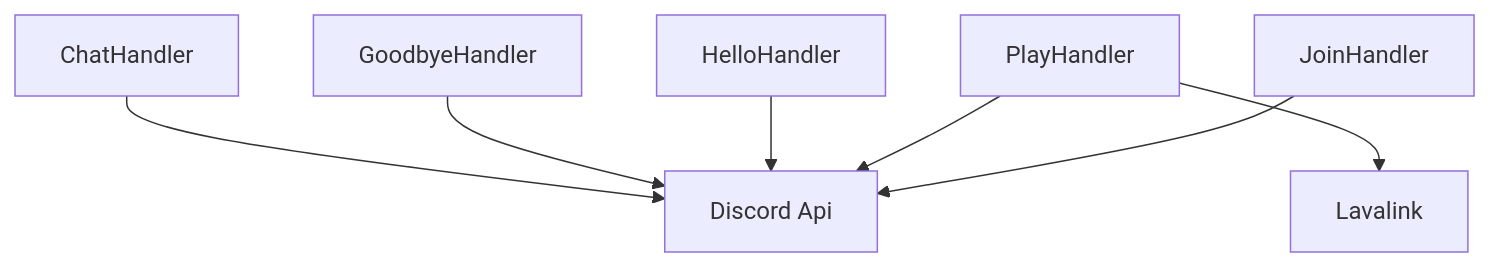
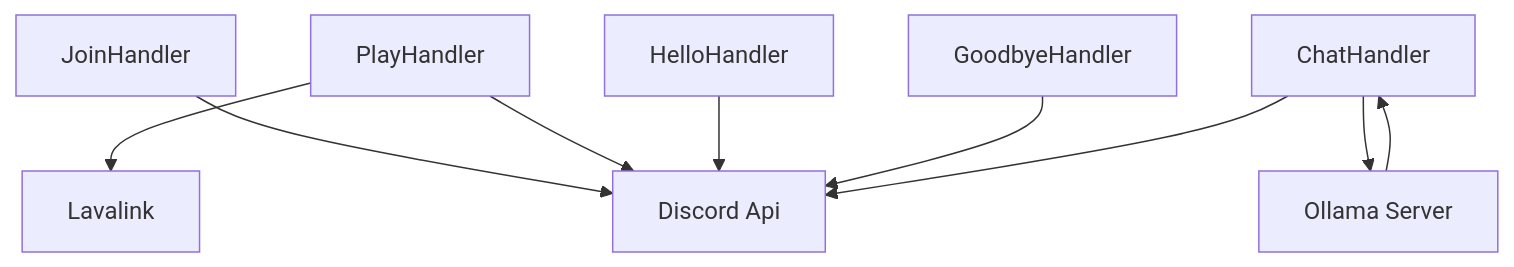
Before and after one commit to Myxelium/Lunaris2.0: the second of 2 diagrams in Bot/README.md, drawn with Mermaid.

````diff
--- a/Bot/README.md
+++ b/Bot/README.md
@@ -29,9 +27,11 @@
 ```mermaid
 flowchart TD
     D[JoinHandler] --> Disc[Discord Api]
     E[PlayHandler] --> Disc[Discord Api]
     F[HelloHandler] --> Disc[Discord Api]
     G[GoodbyeHandler] --> Disc[Discord Api]
     v[ChatHandler] --> Disc[Discord Api]
+    v --> o[Ollama Server]
+    o --> v
     E --> Lava[Lavalink]
 ```
````
